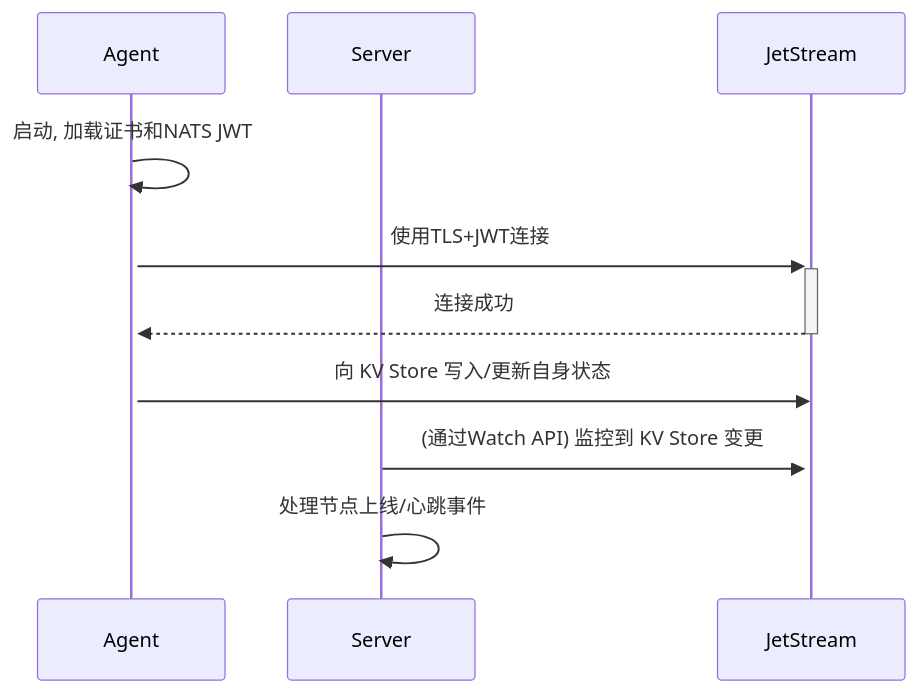
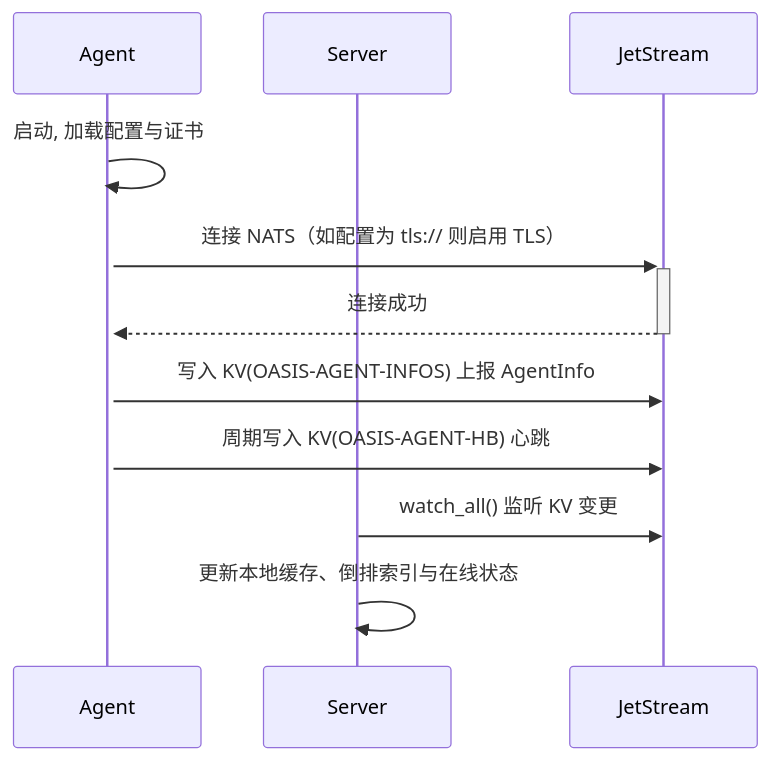
One commit to CHAK-MING/oasis changed the third of 5 diagrams in 大规模集群节点管理工具方案设计文档.md. Above: the diagram before and after it, drawn with Mermaid. The commit also changed other lines of this file and 46 other files, not shown here.

````diff
--- a/大规模集群节点管理工具方案设计文档.md
+++ b/大规模集群节点管理工具方案设计文档.md
@@ -240,13 +265,14 @@
 ```mermaid
 sequenceDiagram
     participant Agent
     participant Server
     participant JetStream
 
-    Agent->>+Agent: 启动, 加载证书和NATS JWT
-    Agent->>+JetStream: 使用TLS+JWT连接
+    Agent->>+Agent: 启动, 加载配置与证书
+    Agent->>+JetStream: 连接 NATS（如配置为 tls:// 则启用 TLS）
     JetStream-->>-Agent: 连接成功
-    Agent->>JetStream: 向 KV Store 写入/更新自身状态
-    Server->>+JetStream: (通过Watch API) 监控到 KV Store 变更
-    Server->>Server: 处理节点上线/心跳事件
+    Agent->>JetStream: 写入 KV(OASIS-AGENT-INFOS) 上报 AgentInfo
+    Agent->>JetStream: 周期写入 KV(OASIS-AGENT-HB) 心跳
+    Server->>JetStream: watch_all() 监听 KV 变更
+    Server->>Server: 更新本地缓存、倒排索引与在线状态
 ```
````
